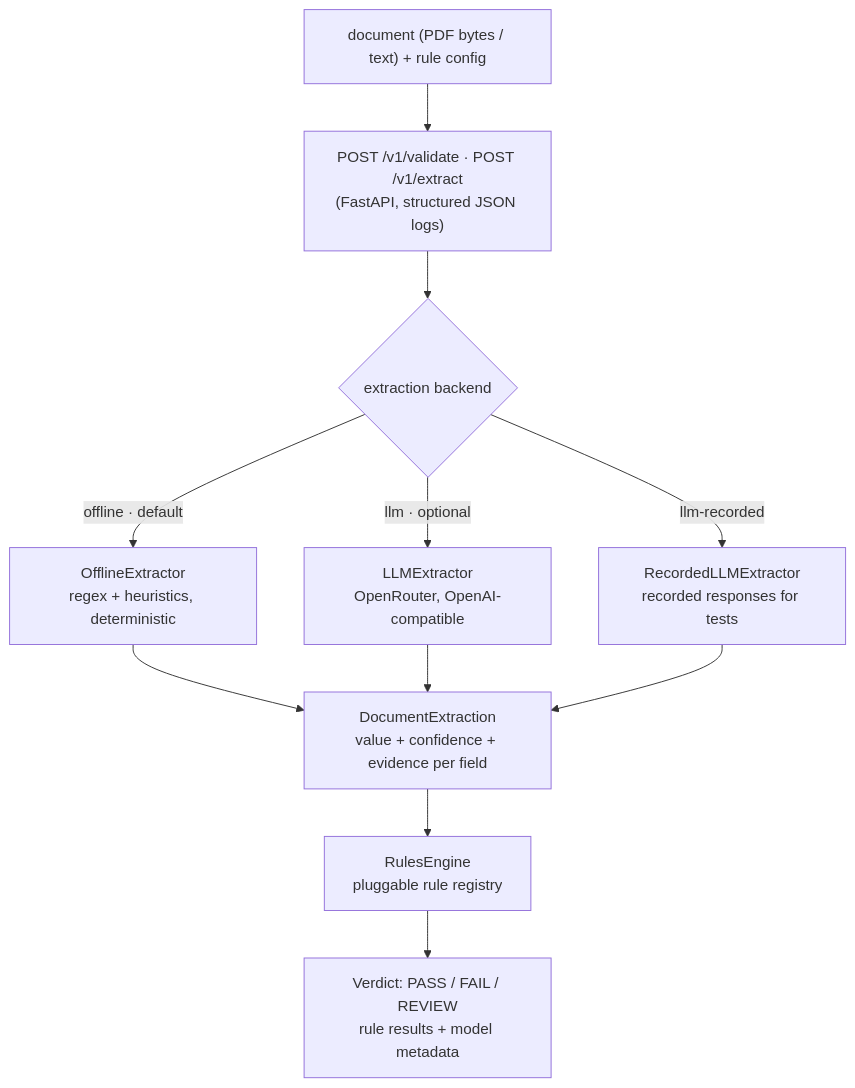
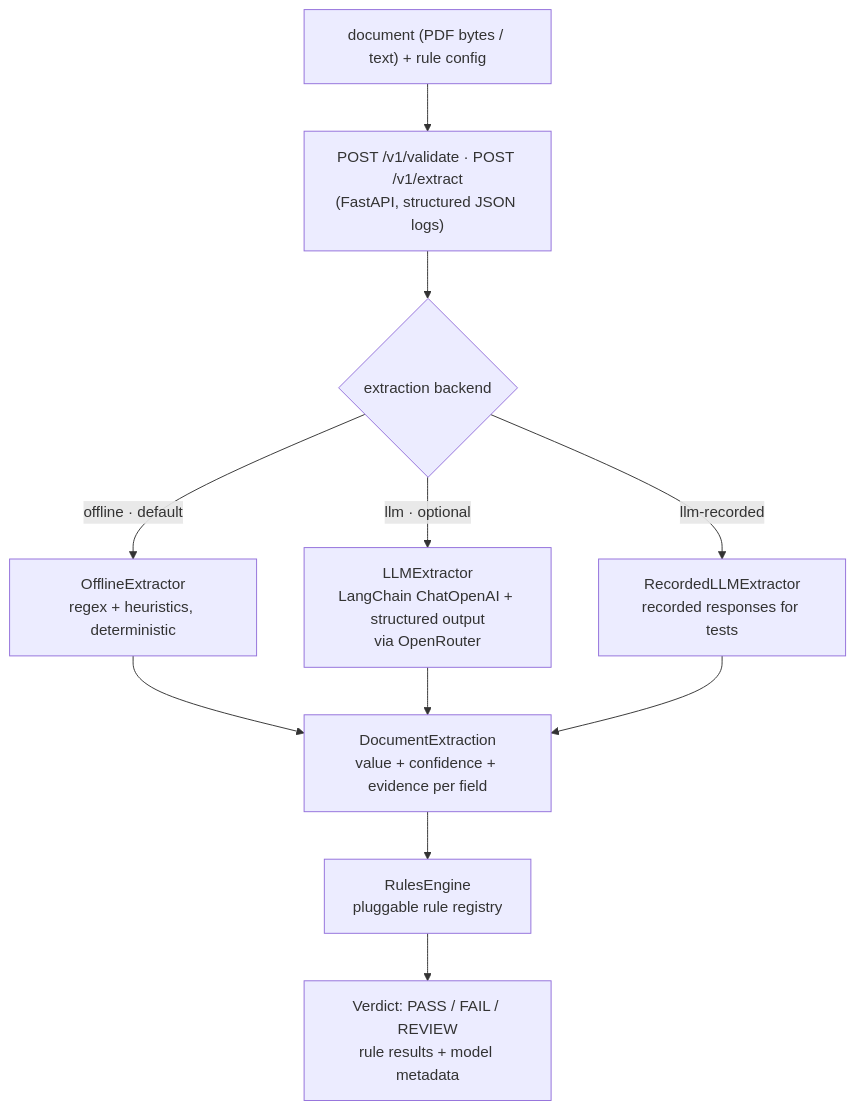
One commit to PedroOrtix/ai-document-validator changed the diagram in README.md. Above: the diagram before and after it, drawn with Mermaid. The commit also changed other lines of this file and 9 other files, not shown here.

Commit message:
feat: langchain structured-output LLM extractor + markitdown PDF parser

````diff
--- a/README.md
+++ b/README.md
@@ -118,13 +118,13 @@
 ```mermaid
 flowchart TD
     A["document (PDF bytes / text) + rule config"] --> B["POST /v1/validate · POST /v1/extract<br/>(FastAPI, structured JSON logs)"]
     B --> C{extraction backend}
     C -->|offline · default| D["OfflineExtractor<br/>regex + heuristics, deterministic"]
-    C -->|llm · optional| E["LLMExtractor<br/>OpenRouter, OpenAI-compatible"]
+    C -->|llm · optional| E["LLMExtractor<br/>LangChain ChatOpenAI + structured output<br/>via OpenRouter"]
     C -->|llm-recorded| F["RecordedLLMExtractor<br/>recorded responses for tests"]
     D --> G["DocumentExtraction<br/>value + confidence + evidence per field"]
     E --> G
     F --> G
     G --> H["RulesEngine<br/>pluggable rule registry"]
     H --> I["Verdict: PASS / FAIL / REVIEW<br/>rule results + model metadata"]
 ```
````
